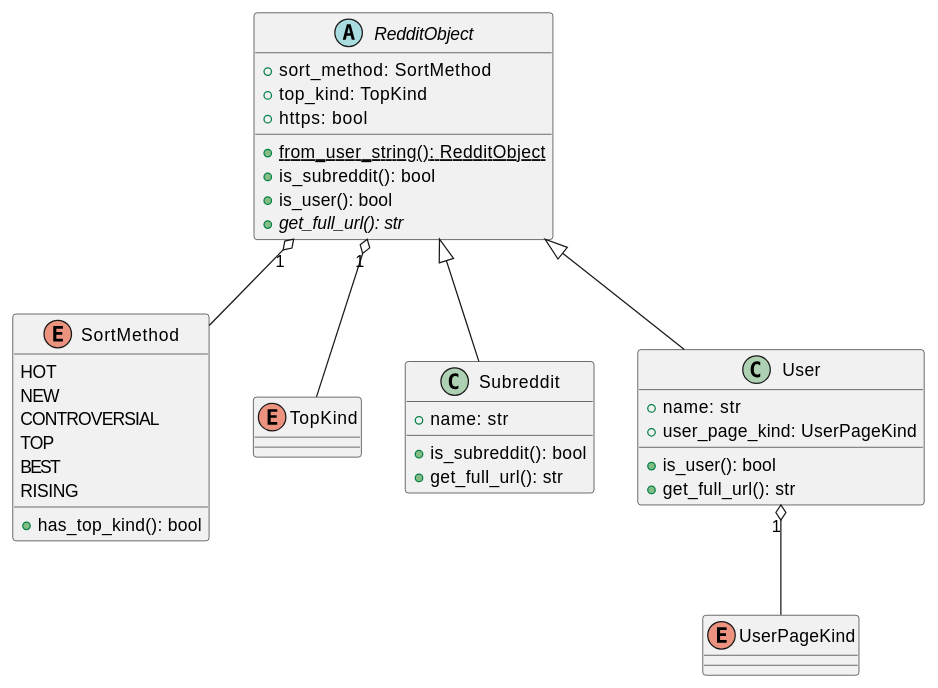
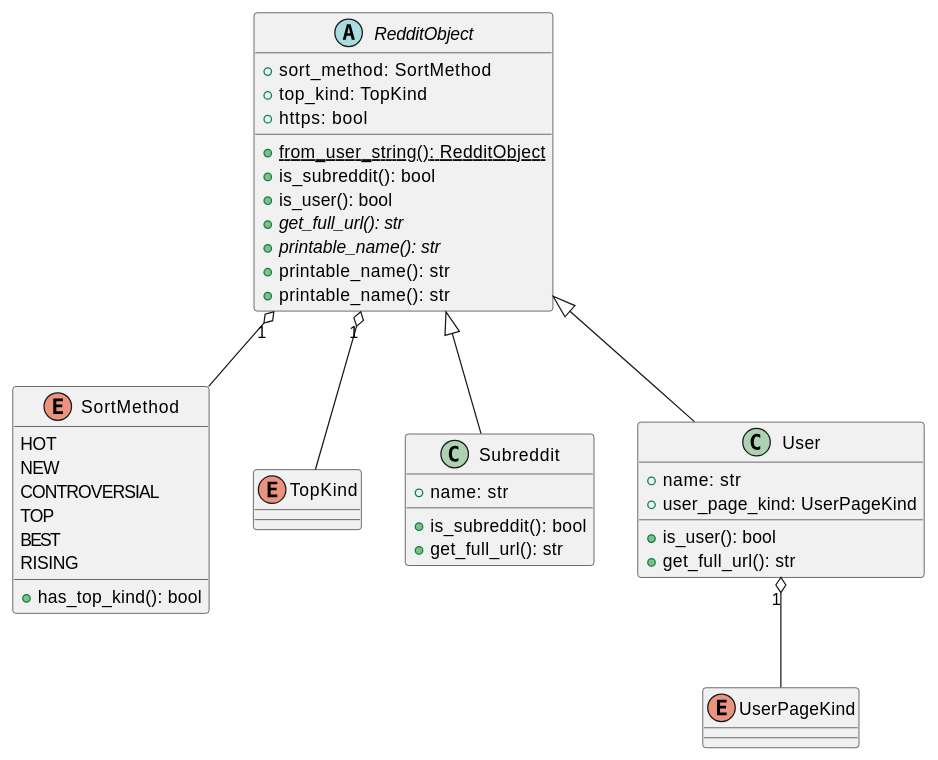
Before and after one commit to lukas-kirschner/RedditImageScraper: the diagram in reddit/RedditObjects.md, drawn with PlantUML. The commit also changed 6 other files, not shown here.

````diff
--- a/reddit/RedditObjects.md
+++ b/reddit/RedditObjects.md
@@ -1,42 +1,45 @@
 ```plantuml
 @startuml
 enum    SortMethod
 enum    TopKind
 enum    UserPageKind
 abstract class   RedditObject
 class   Subreddit
 class   User
 
 SortMethod : HOT
 SortMethod : NEW
 SortMethod : CONTROVERSIAL
 SortMethod : TOP
 SortMethod : BEST
 SortMethod : RISING
 SortMethod : +has_top_kind(): bool
 
 RedditObject <|-- User
 RedditObject <|-- Subreddit
 
 RedditObject "1" o-- SortMethod
 RedditObject "1" o-- TopKind
 User "1" o-- UserPageKind
 
 RedditObject : +sort_method: SortMethod
 RedditObject : +top_kind: TopKind
 RedditObject : +https: bool
 RedditObject : {static} +from_user_string(): RedditObject
 RedditObject : +is_subreddit(): bool
 RedditObject : +is_user(): bool
 RedditObject : {abstract} +get_full_url(): str
+RedditObject : {abstract} +printable_name(): str
 
 Subreddit : +name: str
 Subreddit : +is_subreddit(): bool
 Subreddit : +get_full_url(): str
+RedditObject : +printable_name(): str
 
 User : +name: str
 User : +user_page_kind: UserPageKind
 User : +is_user(): bool
 User : +get_full_url(): str
+RedditObject : +printable_name(): str
 @enduml
 ```
````
